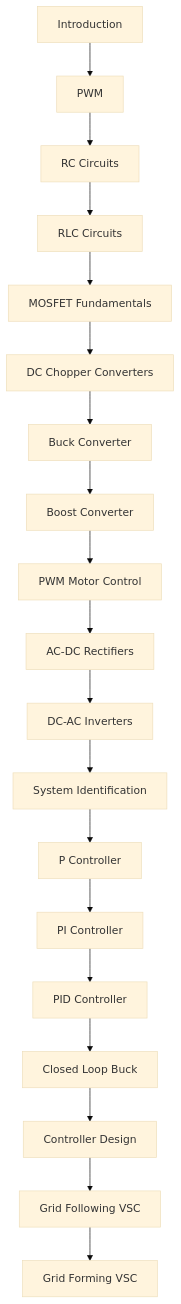
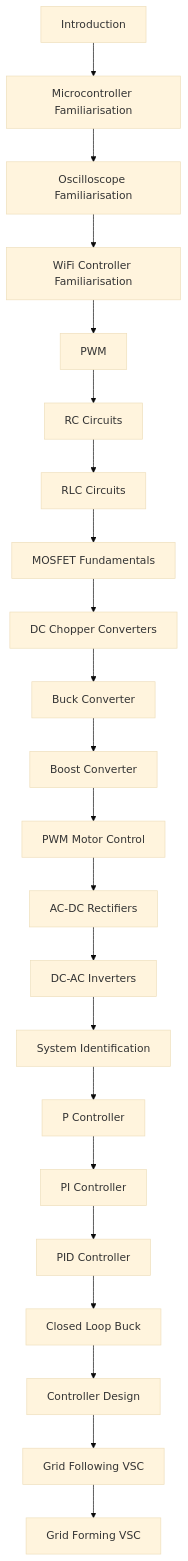
The diagram in docs/index.md (jaimetriv/power-electronics-and-control-training), drawn with Mermaid (base theme) before and after one commit. The commit also changed 21 other files, not shown here.

````diff
--- a/docs/index.md
+++ b/docs/index.md
@@ -87,40 +87,46 @@
 ```mermaid
 flowchart TD
 
 A[Introduction]
---> B[PWM]
+--> A1[Microcontroller Familiarisation]
+
+A1 --> A2[Oscilloscope Familiarisation]
+
+A2 --> A3[WiFi Controller Familiarisation]
+
+A3 --> B[PWM]
 
 B --> C[RC Circuits]
 
 C --> D[RLC Circuits]
 
 D --> E[MOSFET Fundamentals]
 
 E --> F[DC Chopper Converters]
 
 F --> G[Buck Converter]
 
 G --> H[Boost Converter]
 
 H --> I[PWM Motor Control]
 
 I --> J[AC-DC Rectifiers]
 
 J --> K[DC-AC Inverters]
 
 K --> L[System Identification]
 
 L --> M[P Controller]
 
 M --> N[PI Controller]
 
 N --> O[PID Controller]
 
 O --> P[Closed Loop Buck]
 
 P --> Q[Controller Design]
 
 Q --> R[Grid Following VSC]
 
 R --> S[Grid Forming VSC]
 ```
````
